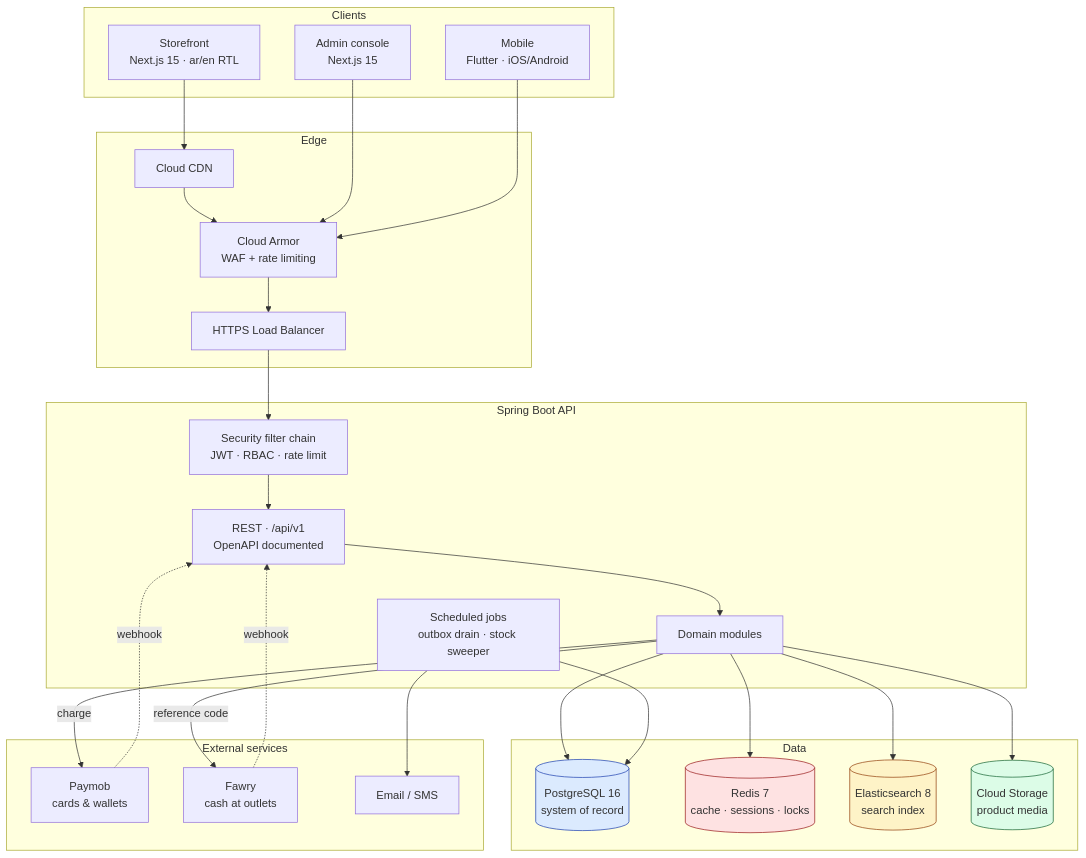
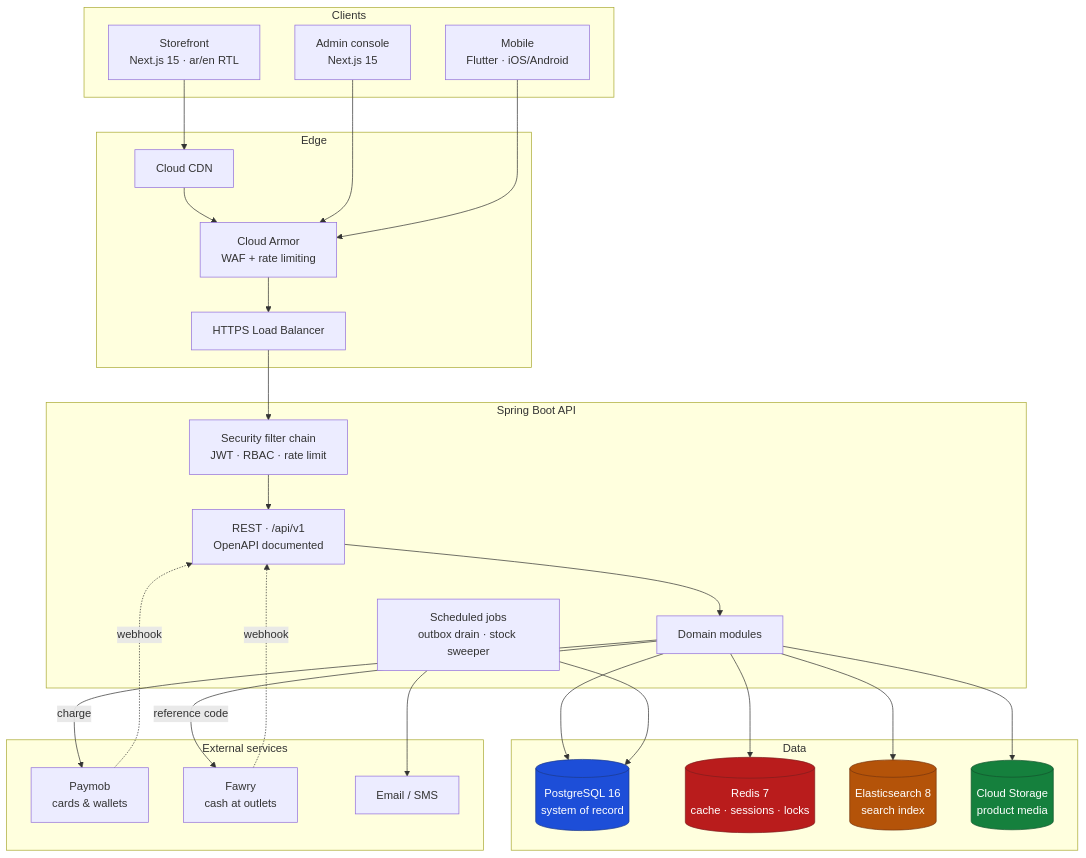
Before and after one commit to ahmedselimmansor-ctrl/Eshop-E-Comerce-NEXT.JS-Spring-Boot: the first of 18 diagrams in README.md, drawn with Mermaid. The commit also changed other lines of this file, not shown here.

````diff
--- a/README.md
+++ b/README.md
@@ -51,56 +51,56 @@
 ```mermaid
 flowchart TB
     subgraph clients [Clients]
         SF["Storefront<br/>Next.js 15 · ar/en RTL"]
         AD["Admin console<br/>Next.js 15"]
         MB["Mobile<br/>Flutter · iOS/Android"]
     end
 
     subgraph edge [Edge]
         CDN["Cloud CDN"]
         ARMOR["Cloud Armor<br/>WAF + rate limiting"]
         LB["HTTPS Load Balancer"]
     end
 
     subgraph api [Spring Boot API]
         REST["REST · /api/v1<br/>OpenAPI documented"]
         SEC["Security filter chain<br/>JWT · RBAC · rate limit"]
         DOM["Domain modules"]
         JOBS["Scheduled jobs<br/>outbox drain · stock sweeper"]
     end
 
     subgraph data [Data]
         PG[("PostgreSQL 16<br/>system of record")]
         RD[("Redis 7<br/>cache · sessions · locks")]
         ES[("Elasticsearch 8<br/>search index")]
         GCS[("Cloud Storage<br/>product media")]
     end
 
     subgraph external [External services]
         PM["Paymob<br/>cards & wallets"]
         FW["Fawry<br/>cash at outlets"]
         MAIL["Email / SMS"]
     end
 
     SF --> CDN --> ARMOR --> LB
     AD --> ARMOR
     MB --> ARMOR
     LB --> SEC --> REST --> DOM
 
     DOM --> PG
     DOM --> RD
     DOM --> ES
     DOM --> GCS
     JOBS --> PG
 
     DOM -->|"charge"| PM
     DOM -->|"reference code"| FW
     PM -.->|"webhook"| REST
     FW -.->|"webhook"| REST
     JOBS --> MAIL
 
-    style PG fill:#dbeafe,stroke:#1e40af
-    style RD fill:#fee2e2,stroke:#991b1b
-    style ES fill:#fef3c7,stroke:#92400e
-    style GCS fill:#dcfce7,stroke:#166534
+    style PG fill:#1d4ed8,stroke:#1e3a8a,color:#ffffff
+    style RD fill:#b91c1c,stroke:#7f1d1d,color:#ffffff
+    style ES fill:#b45309,stroke:#78350f,color:#ffffff
+    style GCS fill:#15803d,stroke:#14532d,color:#ffffff
 ```
````
